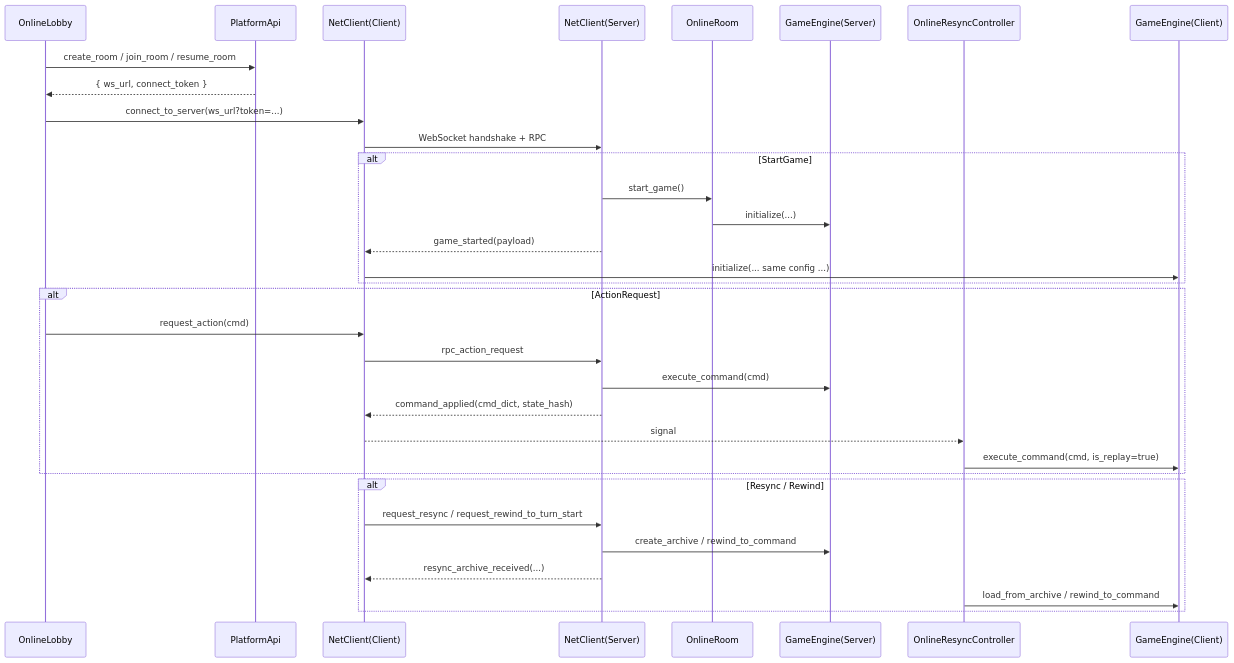
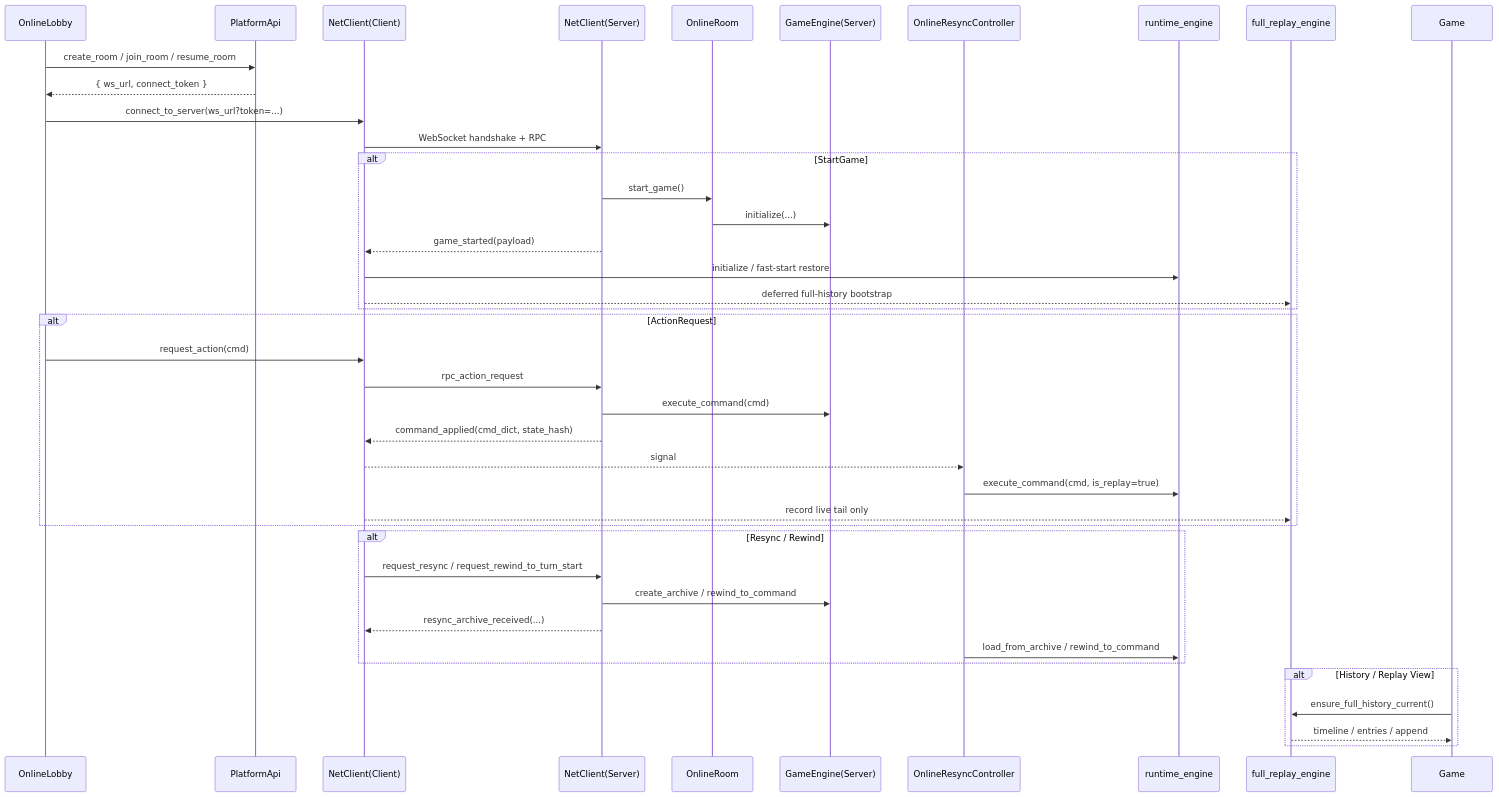
One commit to ygowill/food_chain_magnate changed the second of 2 diagrams in docs/architecture/70-online-multiplayer.md. Above: the diagram before and after it, drawn with Mermaid. The commit also changed other lines of this file and 5 other files, not shown here.

Commit message:
docs(online): sync resume timeline and perf architecture

````diff
--- a/docs/architecture/70-online-multiplayer.md
+++ b/docs/architecture/70-online-multiplayer.md
@@ -51,39 +63,47 @@
 ```mermaid
 sequenceDiagram
   participant Lobby as OnlineLobby
   participant API as PlatformApi
   participant NC as NetClient(Client)
   participant NS as NetClient(Server)
   participant Room as OnlineRoom
   participant ES as GameEngine(Server)
   participant RC as OnlineResyncController
-  participant EC as GameEngine(Client)
+  participant Runtime as runtime_engine
+  participant Full as full_replay_engine
 
   Lobby->>API: create_room / join_room / resume_room
   API-->>Lobby: { ws_url, connect_token }
   Lobby->>NC: connect_to_server(ws_url?token=...)
   NC->>NS: WebSocket handshake + RPC
 
   alt StartGame
     NS->>Room: start_game()
     Room->>ES: initialize(...)
     NS-->>NC: game_started(payload)
-    NC->>EC: initialize(... same config ...)
+    NC->>Runtime: initialize / fast-start restore
+    NC-->>Full: deferred full-history bootstrap
   end
 
   alt ActionRequest
     Lobby->>NC: request_action(cmd)
     NC->>NS: rpc_action_request
     NS->>ES: execute_command(cmd)
     NS-->>NC: command_applied(cmd_dict, state_hash)
     NC-->>RC: signal
-    RC->>EC: execute_command(cmd, is_replay=true)
+    RC->>Runtime: execute_command(cmd, is_replay=true)
+    NC-->>Full: record live tail only
   end
 
   alt Resync / Rewind
     NC->>NS: request_resync / request_rewind_to_turn_start
     NS->>ES: create_archive / rewind_to_command
     NS-->>NC: resync_archive_received(...)
-    RC->>EC: load_from_archive / rewind_to_command
+    RC->>Runtime: load_from_archive / rewind_to_command
+  end
+
+  alt History / Replay View
+    Game->>Full: ensure_full_history_current()
+    Full-->>Game: timeline / entries / append
   end
 ```
````
